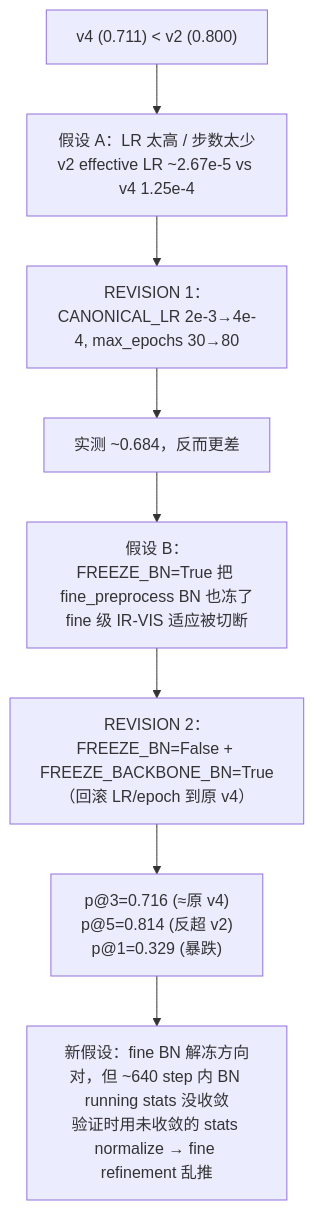
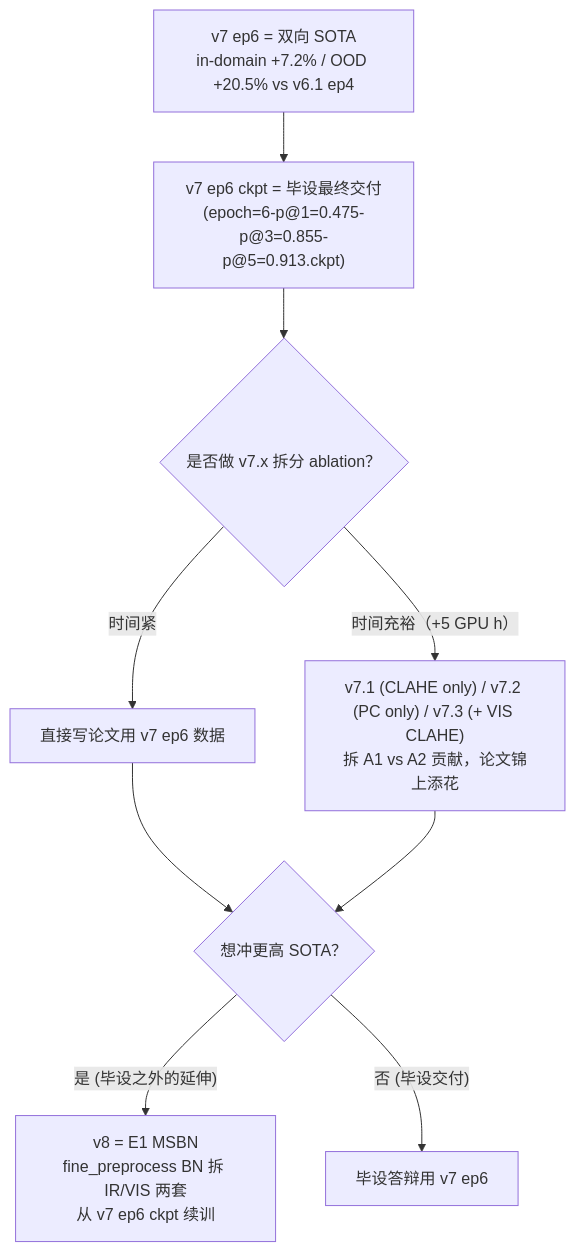
One commit to abirdlikefish/eloftr changed the second of 2 diagrams in .cursor/skills/eloftr-cross-modal-experiments/SKILL.md. Above: the diagram before and after it, drawn with Mermaid. The commit also changed other lines of this file and 21 other files, not shown here.

Commit message:
优化skill，进行v7增加边缘图和直方图优化

````diff
--- a/.cursor/skills/eloftr-cross-modal-experiments/SKILL.md
+++ b/.cursor/skills/eloftr-cross-modal-experiments/SKILL.md
@@ -316,10 +131,11 @@
 ```mermaid
 flowchart TD
-    obs0["v4 (0.711) < v2 (0.800)"] --> h1["假设 A：LR 太高 / 步数太少<br/>v2 effective LR ~2.67e-5 vs v4 1.25e-4"]
-    h1 --> r1["REVISION 1：CANONICAL_LR 2e-3→4e-4, max_epochs 30→80"]
-    r1 --> obs1["实测 ~0.684，反而更差"]
-    obs1 --> h2["假设 B：FREEZE_BN=True 把 fine_preprocess BN 也冻了<br/>fine 级 IR-VIS 适应被切断"]
-    h2 --> r2["REVISION 2：FREEZE_BN=False + FREEZE_BACKBONE_BN=True<br/>（回滚 LR/epoch 到原 v4）"]
-    r2 --> obs2["p@3=0.716 (≈原 v4)<br/>p@5=0.814 (反超 v2)<br/>p@1=0.329 (暴跌)"]
-    obs2 --> h3["新假设：fine BN 解冻方向对，但 ~640 step 内 BN running stats 没收敛<br/>验证时用未收敛的 stats normalize → fine refinement 乱推"]
+    v7done["v7 ep6 = 双向 SOTA<br/>in-domain +7.2% / OOD +20.5% vs v6.1 ep4"] --> done["v7 ep6 ckpt = 毕设最终交付<br/>(epoch=6-p@1=0.475-p@3=0.855-p@5=0.913.ckpt)"]
+    done --> abopt{"是否做 v7.x 拆分 ablation？"}
+    abopt -->|"时间充裕（+5 GPU h）"| ablation["v7.1 (CLAHE only) / v7.2 (PC only) / v7.3 (+ VIS CLAHE)<br/>拆 A1 vs A2 贡献，论文锦上添花"]
+    abopt -->|"时间紧"| paper["直接写论文用 v7 ep6 数据"]
+    paper --> v8opt{"想冲更高 SOTA？"}
+    ablation --> v8opt
+    v8opt -->|"是 (毕设之外的延伸)"| pathE["v8 = E1 MSBN<br/>fine_preprocess BN 拆 IR/VIS 两套<br/>从 v7 ep6 ckpt 续训"]
+    v8opt -->|"否 (毕设交付)"| stop["毕设答辩用 v7 ep6"]
 ```
````
